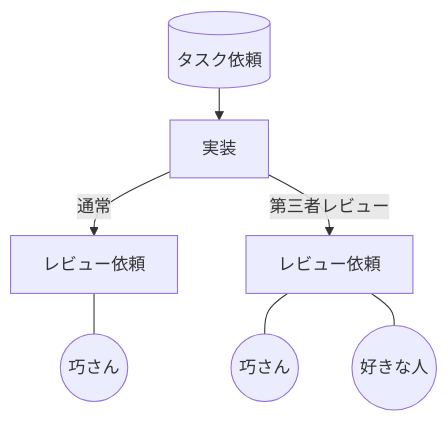
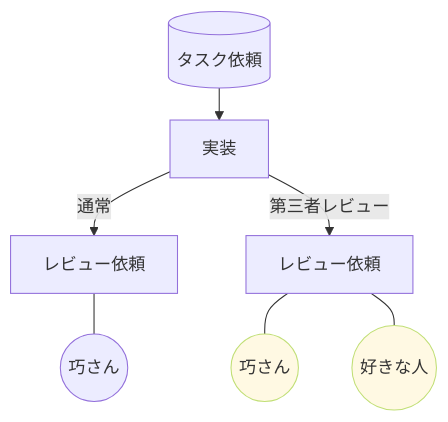
One commit to nikawa2161/slide01 changed the first of 5 diagrams in slides.md. Above: the diagram before and after it, drawn with Mermaid. The commit also changed other lines of this file and 1 other file, not shown here.

````diff
--- a/slides.md
+++ b/slides.md
@@ -214,11 +214,13 @@
 ```mermaid
 %%{init: { 'theme':'default', 'flowchart' : { 'rankSpacing': 30 } } }%%
 graph TD
   A[(タスク依頼)] --> B[実装]
   B --> |通常| C[レビュー依頼]
   B --> |第三者レビュー| D[レビュー依頼]
   C --- E((巧さん))
   D --- F((巧さん))
   D --- G((好きな人))
+  style F fill:#fff9e3,stroke:#c1df76
+  style G fill:#fff9e3,stroke:#c1df76
 
 ```
````
